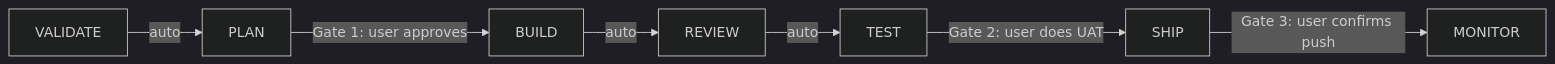
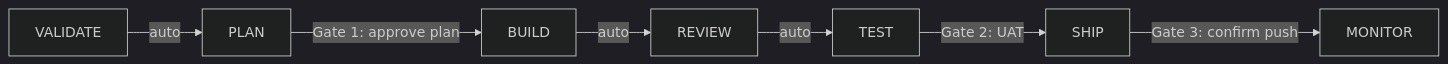
Before and after one commit to nassimbf/ftitos-claude-code: the diagram in README.md, drawn with Mermaid (dark theme). The commit also changed other lines of this file and 7 other files, not shown here.

````diff
--- a/README.md
+++ b/README.md
@@ -187,9 +47,9 @@
 ```mermaid
 flowchart LR
     V[VALIDATE] -->|auto| P[PLAN]
-    P -->|"Gate 1: user approves"| B[BUILD]
+    P -->|"Gate 1: approve plan"| B[BUILD]
     B -->|auto| R[REVIEW]
     R -->|auto| T[TEST]
-    T -->|"Gate 2: user does UAT"| S[SHIP]
-    S -->|"Gate 3: user confirms push"| M[MONITOR]
+    T -->|"Gate 2: UAT"| S[SHIP]
+    S -->|"Gate 3: confirm push"| M[MONITOR]
 ```
````
